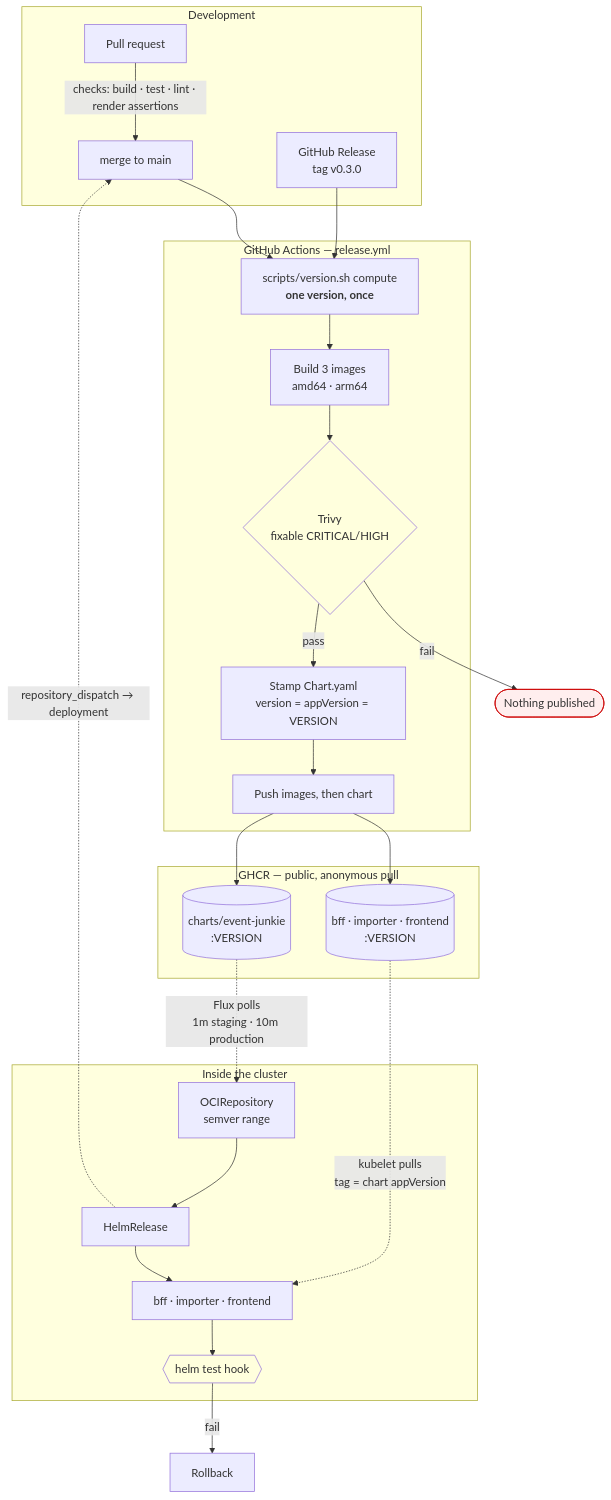
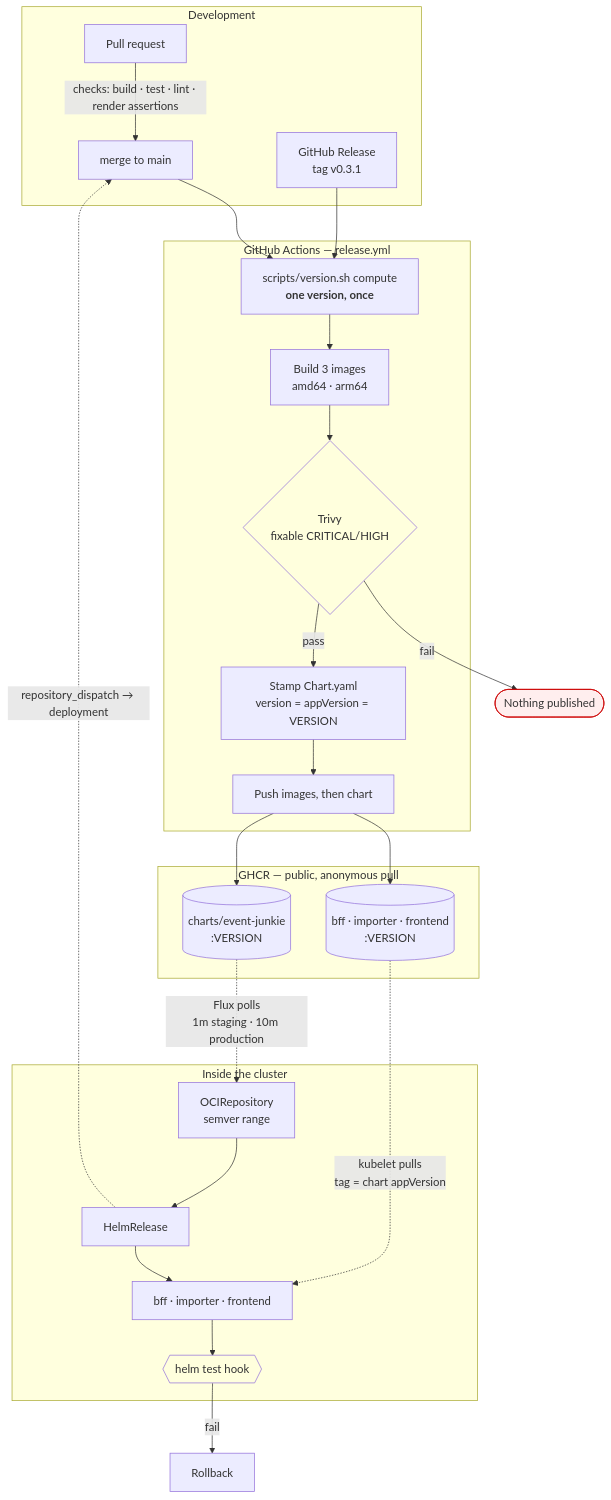
Before and after one commit to enorm-labs/event-junkie: the diagram in docs/ops/RELEASING.md, drawn with Mermaid. The commit also changed other lines of this file and 6 other files, not shown here.

````diff
--- a/docs/ops/RELEASING.md
+++ b/docs/ops/RELEASING.md
@@ -28,46 +28,46 @@
 ```mermaid
 flowchart TB
     subgraph dev["Development"]
         pr["Pull request"] -->|"checks: build · test · lint · render assertions"| main["merge to main"]
-        rel["GitHub Release<br/>tag v0.3.0"]
+        rel["GitHub Release<br/>tag v0.3.1"]
     end
 
     subgraph ci["GitHub Actions — release.yml"]
         ver["scripts/version.sh compute<br/><b>one version, once</b>"]
         build["Build 3 images<br/>amd64 · arm64"]
         scan{"Trivy<br/>fixable CRITICAL/HIGH"}
         stamp["Stamp Chart.yaml<br/>version = appVersion = VERSION"]
         push["Push images, then chart"]
     end
 
     subgraph ghcr["GHCR — public, anonymous pull"]
         imgs[("bff · importer · frontend<br/>:VERSION")]
         chart[("charts/event-junkie<br/>:VERSION")]
     end
 
     subgraph cluster["Inside the cluster"]
         ocirepo["OCIRepository<br/>semver range"]
         hr["HelmRelease"]
         wl["bff · importer · frontend"]
         test{{"helm test hook"}}
     end
 
     main --> ver
     rel --> ver
     ver --> build --> scan
     scan -->|"fail"| stop(["Nothing published"])
     scan -->|"pass"| stamp --> push
     push --> imgs
     push --> chart
 
     chart -.->|"Flux polls<br/>1m staging · 10m production"| ocirepo
     ocirepo --> hr --> wl
     imgs -.->|"kubelet pulls<br/>tag = chart appVersion"| wl
     wl --> test
     test -->|"fail"| rb["Rollback"]
     hr -.->|"repository_dispatch → deployment"| main
 
     style stop fill:#fee,stroke:#c00
     style scan fill:#ffd
     style test fill:#ffd
 ```
````
